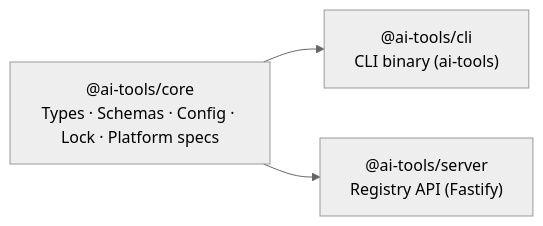
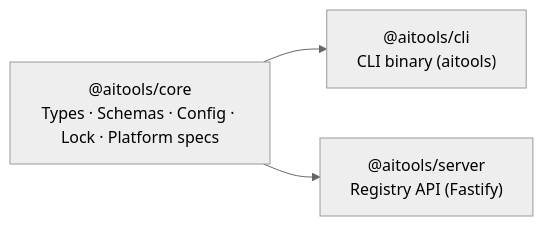
The first of 7 diagrams in docs/design/architecture.md (bitgenetics/aitools), drawn with Mermaid (neutral theme) before and after one commit. The commit also changed other lines of this file and 132 other files, not shown here.

First line of the commit message:
refactor: rebrand to aitools CLI and @aitools/* packages

````diff
--- a/docs/design/architecture.md
+++ b/docs/design/architecture.md
@@ -11,9 +11,9 @@
 ```mermaid
 graph LR
-    core["@ai-tools/core<br/>Types · Schemas · Config · Lock · Platform specs"]
-    cli["@ai-tools/cli<br/>CLI binary (ai-tools)"]
-    server["@ai-tools/server<br/>Registry API (Fastify)"]
+    core["@aitools/core<br/>Types · Schemas · Config · Lock · Platform specs"]
+    cli["@aitools/cli<br/>CLI binary (aitools)"]
+    server["@aitools/server<br/>Registry API (Fastify)"]
 
     core --> cli
     core --> server
 ```
````
